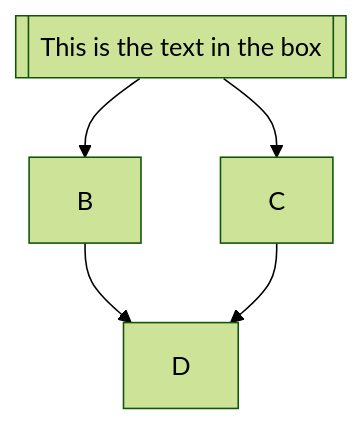
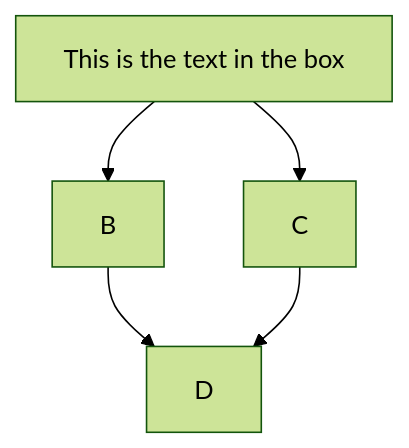
The diagram in README.md (mluukkai/paiplne), drawn with Mermaid (forest theme) before and after one commit.

````diff
--- a/README.md
+++ b/README.md
@@ -1,8 +1,8 @@
 ```mermaid
   graph TD;
-      A[[This is the text in the box]]
+      A[This is the text in the box]
       A-->B;
       A-->C;
       B-->D;
       C-->D;
 ```
````
